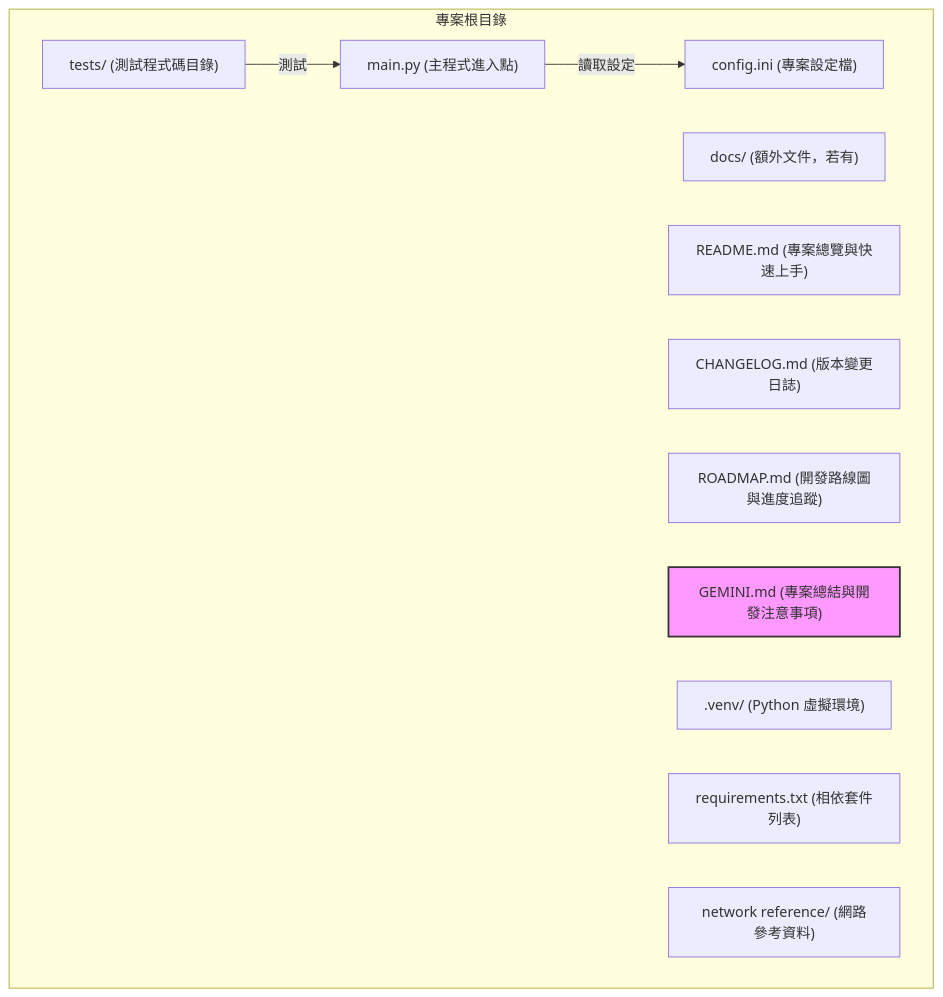
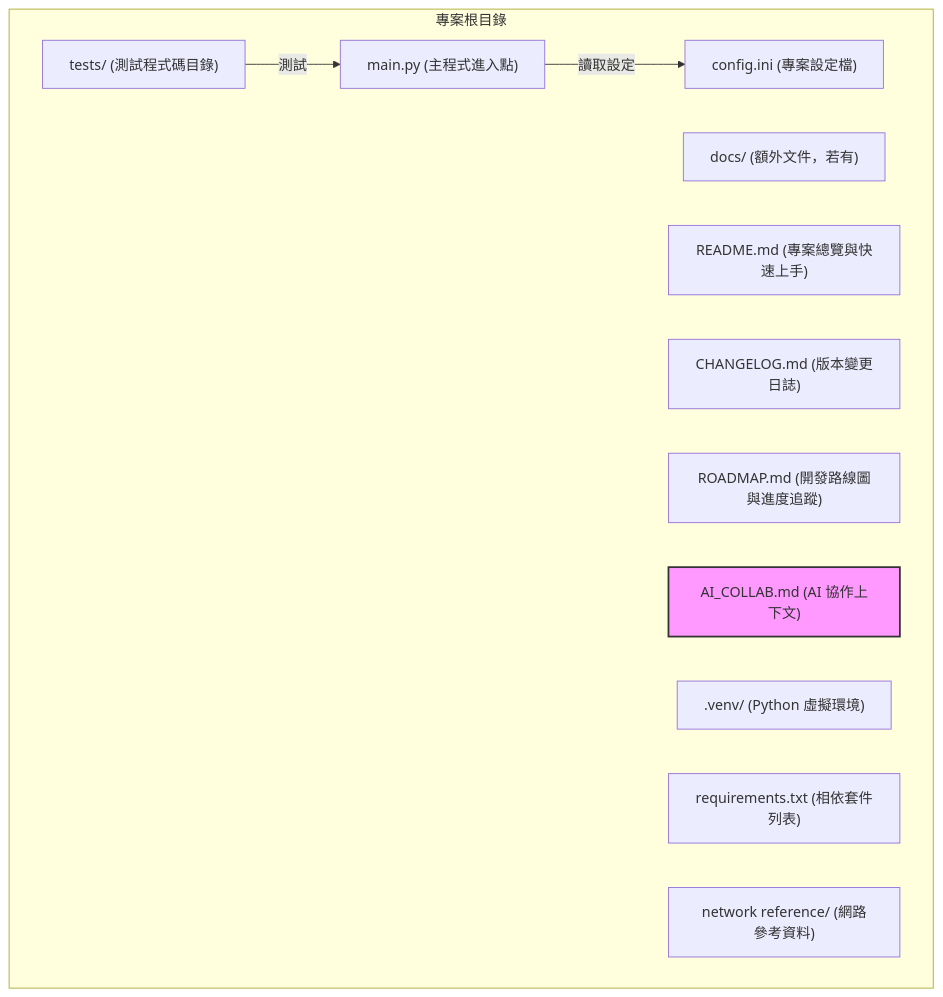
Before and after one commit to ChingHaoHuang/Network_Switcher: the diagram in PROJECT_STANDARDS.md, drawn with Mermaid. The commit also changed other lines of this file and 2 other files, not shown here.

First line of the commit message:
docs(fix): 同步所有文件中的命名與架構圖

````diff
--- a/PROJECT_STANDARDS.md
+++ b/PROJECT_STANDARDS.md
@@ -18,19 +18,19 @@
 ```mermaid
 graph TD
     subgraph "專案根目錄"
         A["main.py (主程式進入點)"]
         B["config.ini (專案設定檔)"]
         C["tests/ (測試程式碼目錄)"]
         D["docs/ (額外文件，若有)"]
         E["README.md (專案總覽與快速上手)"]
         F["CHANGELOG.md (版本變更日誌)"]
         G["ROADMAP.md (開發路線圖與進度追蹤)"]
-        H["GEMINI.md (專案總結與開發注意事項)"]
+        H["AI_COLLAB.md (AI 協作上下文)"]
         I[".venv/ (Python 虛擬環境)"]
         J["requirements.txt (相依套件列表)"]
         K["network reference/ (網路參考資料)"]
     end
     A -- "讀取設定" --> B
     C -- "測試" --> A
     style H fill:#f9f,stroke:#333,stroke-width:2px
 ```
````
